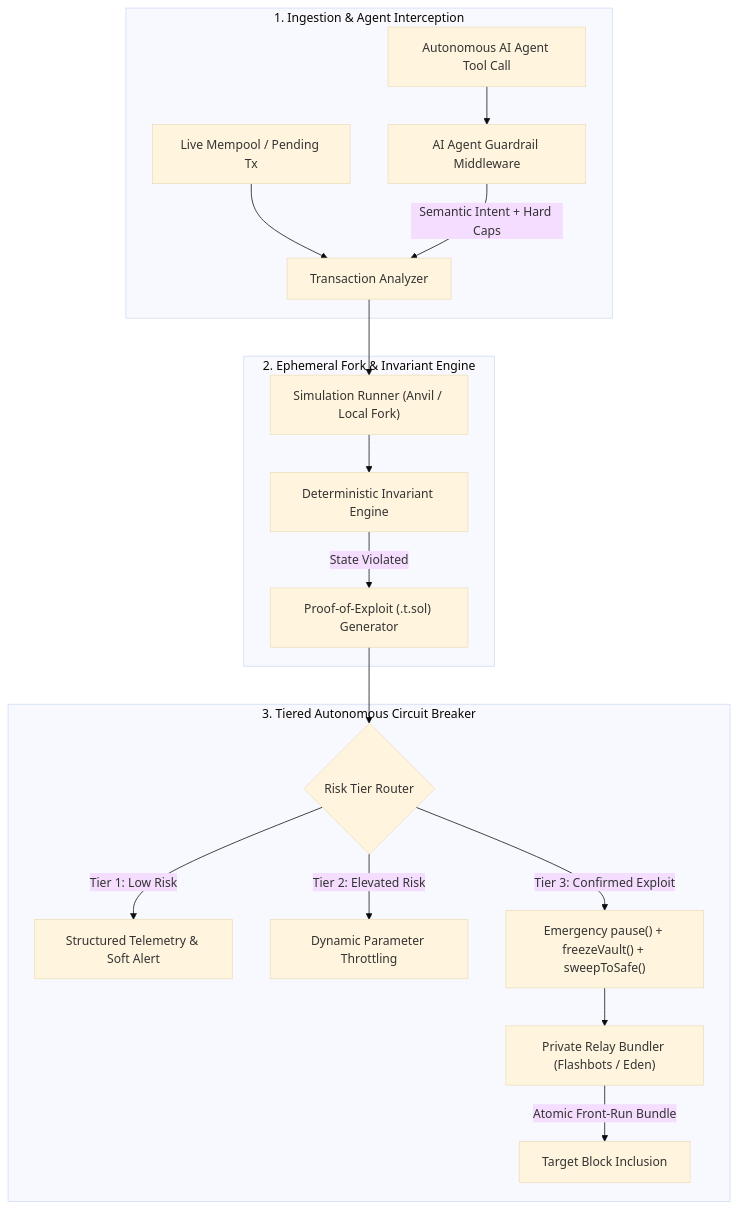
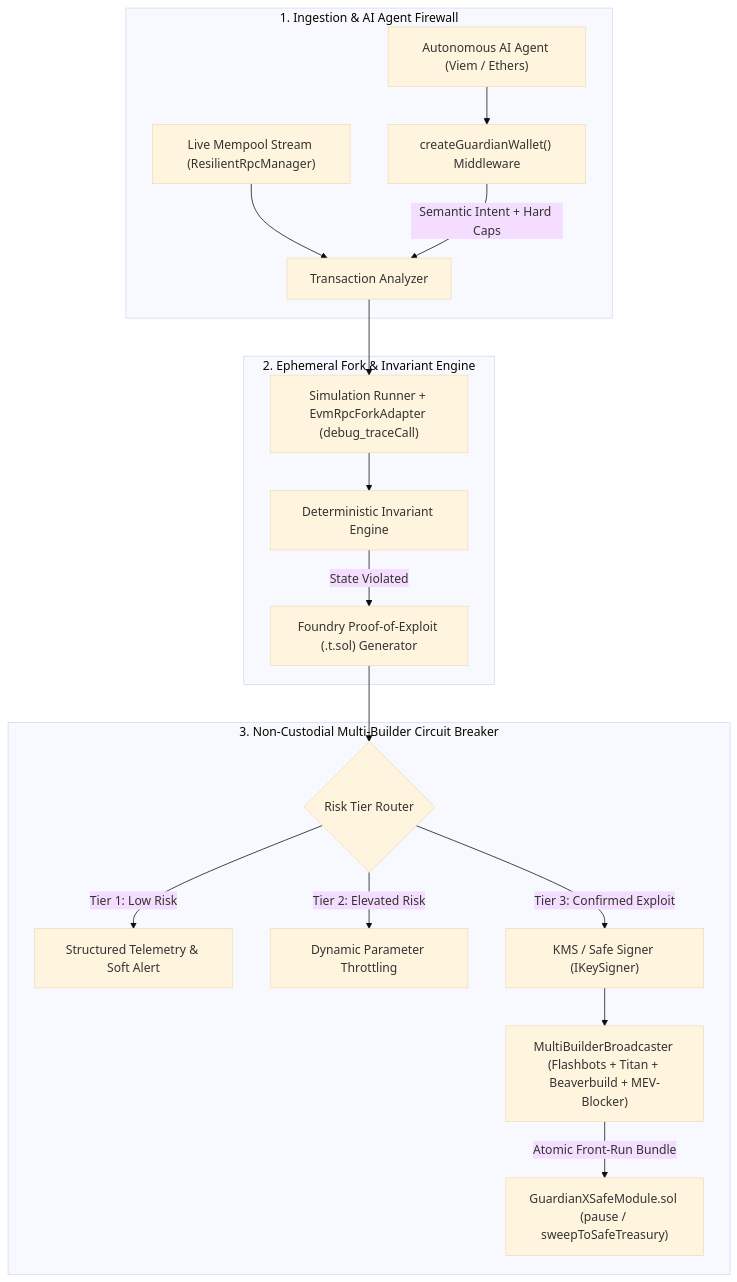
The diagram in README.md (abhishekgautam95/gaurdianx), drawn with Mermaid (base theme) before and after one commit. The commit also changed other lines of this file, not shown here.

Commit message:
docs: update README.md with complete v2.1 architecture, Safe module, MultiBuilder fan-out, and CI Action docs

````diff
--- a/README.md
+++ b/README.md
@@ -53,23 +57,23 @@
 ```mermaid
 flowchart TD
-    subgraph Ingestion ["1. Ingestion & Agent Interception"]
-        MP["Live Mempool / Pending Tx"] --> TA["Transaction Analyzer"]
-        LLM["Autonomous AI Agent Tool Call"] --> AGM["AI Agent Guardrail Middleware"]
-        AGM -->|"Semantic Intent + Hard Caps"| TA
+    subgraph Ingestion ["1. Ingestion & AI Agent Firewall"]
+        MP["Live Mempool Stream (ResilientRpcManager)"] --> TA["Transaction Analyzer"]
+        LLM["Autonomous AI Agent (Viem / Ethers)"] --> CGW["createGuardianWallet() Middleware"]
+        CGW -->|"Semantic Intent + Hard Caps"| TA
     end
 
     subgraph Verification ["2. Ephemeral Fork & Invariant Engine"]
-        TA --> SR["Simulation Runner (Anvil / Local Fork)"]
+        TA --> SR["Simulation Runner + EvmRpcForkAdapter (debug_traceCall)"]
         SR --> IE["Deterministic Invariant Engine"]
-        IE -->|"State Violated"| POE["Proof-of-Exploit (.t.sol) Generator"]
+        IE -->|"State Violated"| POE["Foundry Proof-of-Exploit (.t.sol) Generator"]
     end
 
-    subgraph Mitigation ["3. Tiered Autonomous Circuit Breaker"]
+    subgraph Mitigation ["3. Non-Custodial Multi-Builder Circuit Breaker"]
         POE --> CB{"Risk Tier Router"}
         CB -->|"Tier 1: Low Risk"| T1["Structured Telemetry & Soft Alert"]
         CB -->|"Tier 2: Elevated Risk"| T2["Dynamic Parameter Throttling"]
-        CB -->|"Tier 3: Confirmed Exploit"| T3["Emergency pause() + freezeVault() + sweepToSafe()"]
-        T3 --> PR["Private Relay Bundler (Flashbots / Eden)"]
-        PR -->|"Atomic Front-Run Bundle"| BLK["Target Block Inclusion"]
+        CB -->|"Tier 3: Confirmed Exploit"| T3["KMS / Safe Signer (IKeySigner)"]
+        T3 --> MBB["MultiBuilderBroadcaster (Flashbots + Titan + Beaverbuild + MEV-Blocker)"]
+        MBB -->|"Atomic Front-Run Bundle"| GSM["GuardianXSafeModule.sol (pause / sweepToSafeTreasury)"]
     end
 ```
````
